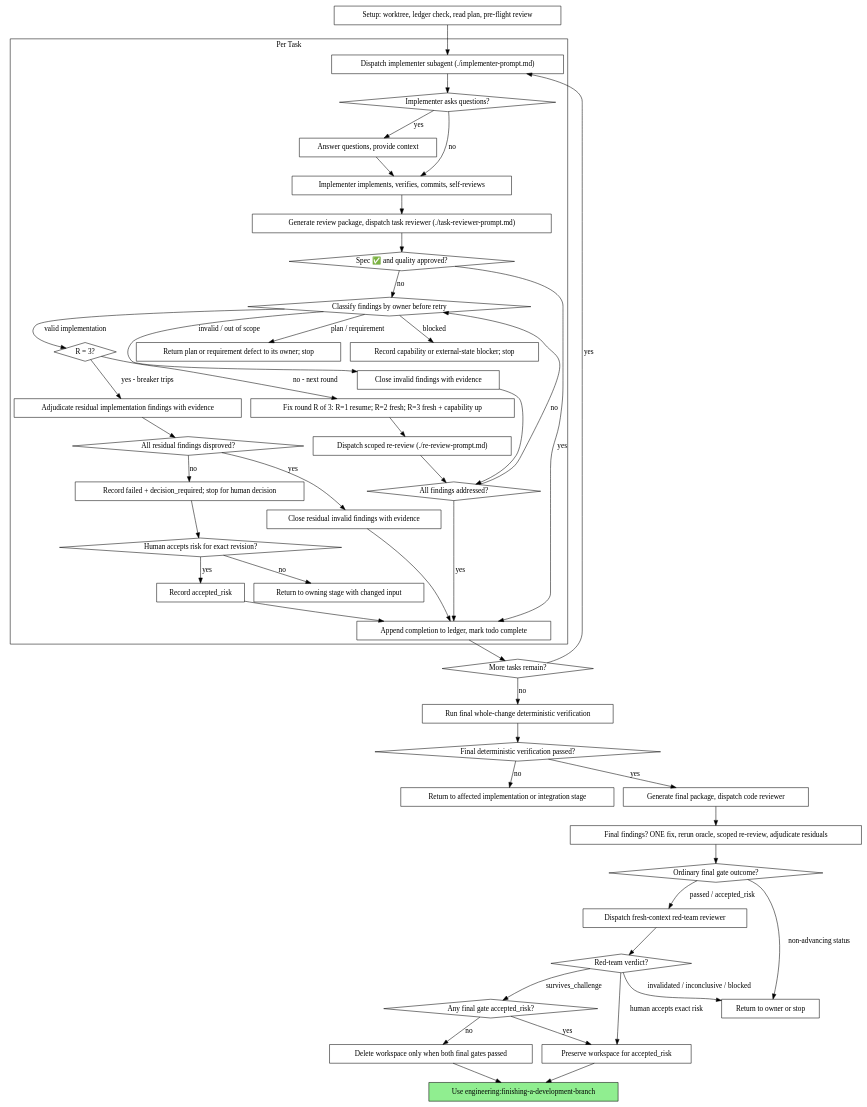
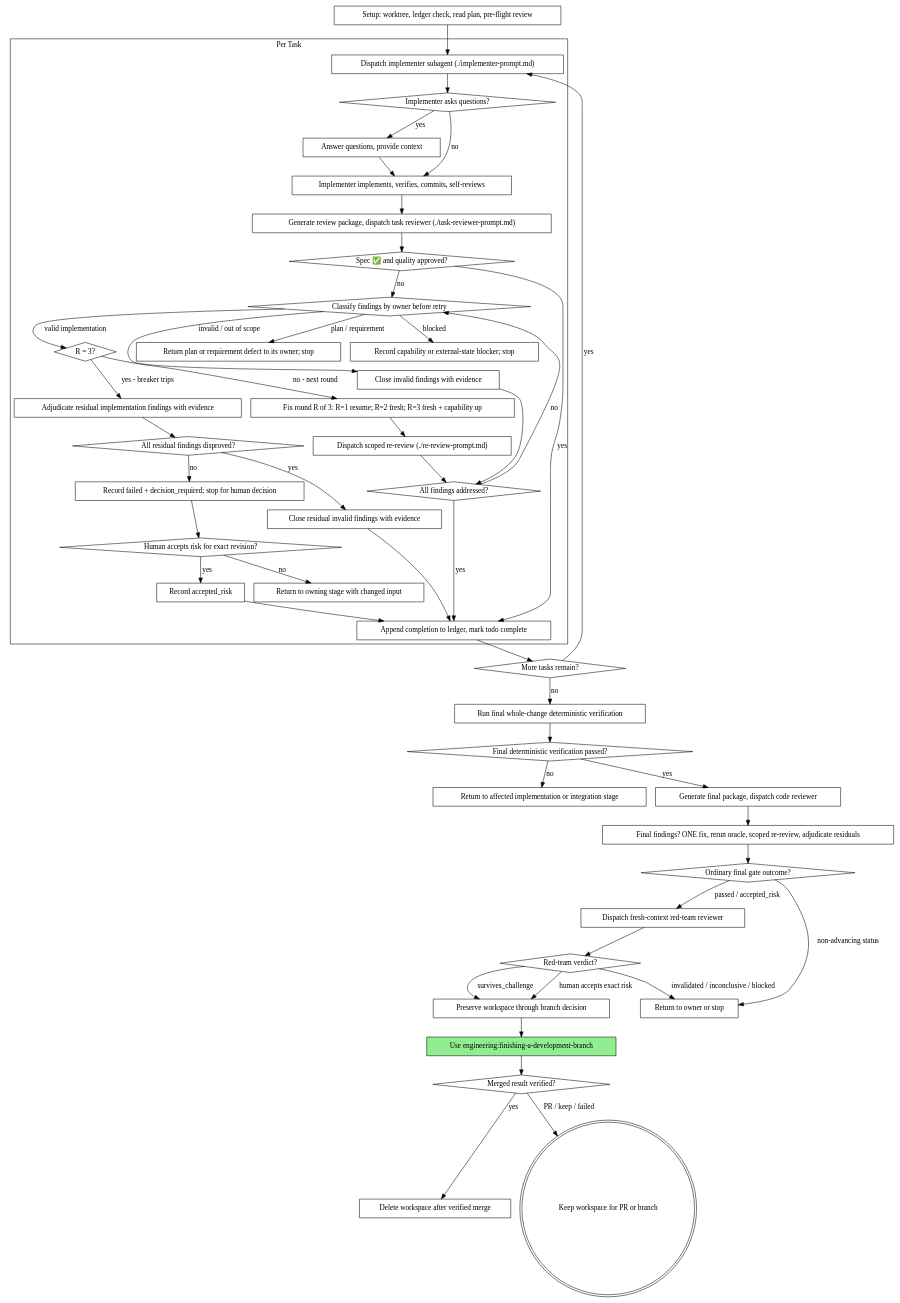
Before and after one commit to sonsu-lee/sonsu-marketplace: the second of 2 diagrams in plugins/engineering/skills/subagent-driven-development/SKILL.md, drawn with Graphviz. The commit also changed other lines of this file and 20 other files, not shown here.

Commit message:
fix(engineering): harden fast-path and review gates

````diff
--- a/plugins/engineering/skills/subagent-driven-development/SKILL.md
+++ b/plugins/engineering/skills/subagent-driven-development/SKILL.md
@@ -101,9 +101,10 @@
     "Ordinary final gate outcome?" [shape=diamond];
     "Dispatch fresh-context red-team reviewer" [shape=box];
     "Red-team verdict?" [shape=diamond];
-    "Any final gate accepted_risk?" [shape=diamond];
-    "Delete workspace only when both final gates passed" [shape=box];
-    "Preserve workspace for accepted_risk" [shape=box];
+    "Preserve workspace through branch decision" [shape=box];
+    "Merged result verified?" [shape=diamond];
+    "Delete workspace after verified merge" [shape=box];
+    "Keep workspace for PR or branch" [shape=doublecircle];
     "Return to owner or stop" [shape=box];
     "Use engineering:finishing-a-development-branch" [shape=box style=filled fillcolor=lightgreen];
 
@@ -146,12 +147,12 @@
     "Ordinary final gate outcome?" -> "Dispatch fresh-context red-team reviewer" [label="passed / accepted_risk"];
     "Ordinary final gate outcome?" -> "Return to owner or stop" [label="non-advancing status"];
     "Dispatch fresh-context red-team reviewer" -> "Red-team verdict?";
-    "Red-team verdict?" -> "Any final gate accepted_risk?" [label="survives_challenge"];
-    "Any final gate accepted_risk?" -> "Delete workspace only when both final gates passed" [label="no"];
-    "Any final gate accepted_risk?" -> "Preserve workspace for accepted_risk" [label="yes"];
-    "Red-team verdict?" -> "Preserve workspace for accepted_risk" [label="human accepts exact risk"];
+    "Red-team verdict?" -> "Preserve workspace through branch decision" [label="survives_challenge"];
+    "Red-team verdict?" -> "Preserve workspace through branch decision" [label="human accepts exact risk"];
     "Red-team verdict?" -> "Return to owner or stop" [label="invalidated / inconclusive / blocked"];
-    "Delete workspace only when both final gates passed" -> "Use engineering:finishing-a-development-branch";
-    "Preserve workspace for accepted_risk" -> "Use engineering:finishing-a-development-branch";
+    "Preserve workspace through branch decision" -> "Use engineering:finishing-a-development-branch";
+    "Use engineering:finishing-a-development-branch" -> "Merged result verified?";
+    "Merged result verified?" -> "Delete workspace after verified merge" [label="yes"];
+    "Merged result verified?" -> "Keep workspace for PR or branch" [label="PR / keep / failed"];
 }
 ```
````
